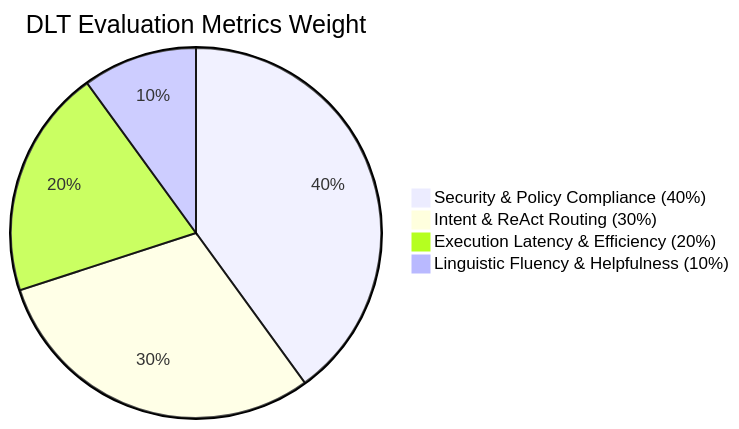
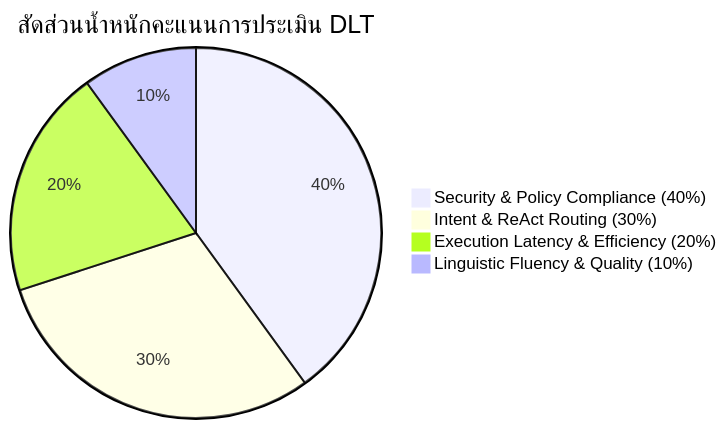
Before and after one commit to poppp334/Lonly_HARNESS: the second of 2 diagrams in docs/DLT.md, drawn with Mermaid. The commit also changed other lines of this file, not shown here.

Commit message:
docs: optimize DLT.md for human readability with academic tone and zero emojis

````diff
--- a/docs/DLT.md
+++ b/docs/DLT.md
@@ -78,7 +110,7 @@
 ```mermaid
-pie title DLT Evaluation Metrics Weight
+pie title สัดส่วนน้ำหนักคะแนนการประเมิน DLT
     "Security & Policy Compliance (40%)" : 40
     "Intent & ReAct Routing (30%)" : 30
     "Execution Latency & Efficiency (20%)" : 20
-    "Linguistic Fluency & Helpfulness (10%)" : 10
+    "Linguistic Fluency & Quality (10%)" : 10
 ```
````
